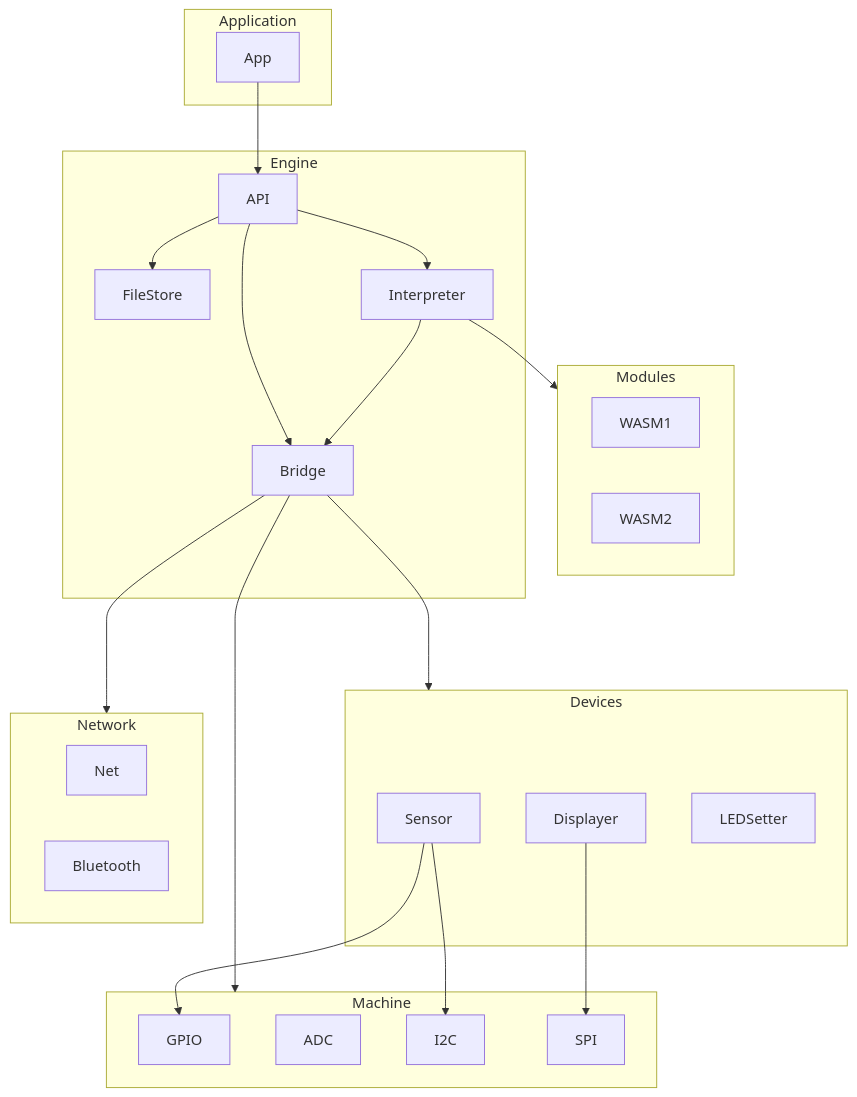
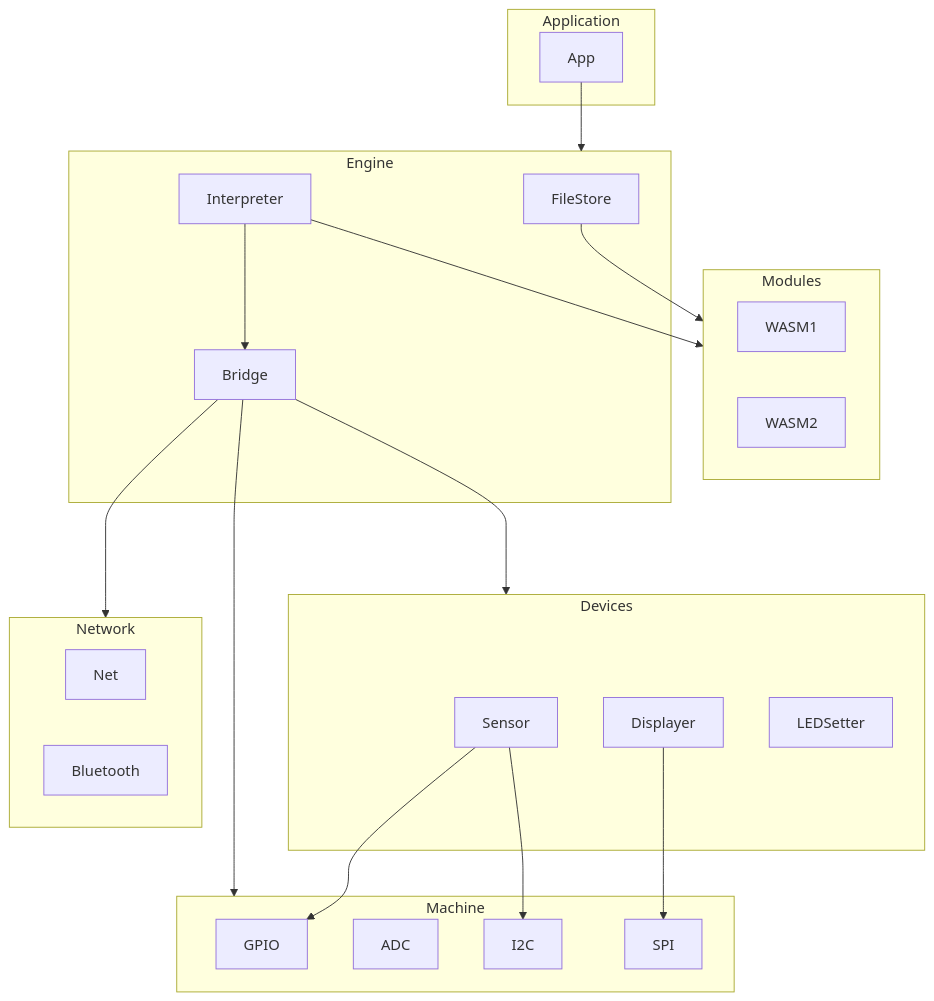
The diagram in README.md (hybridgroup/mechanoid), drawn with Mermaid before and after one commit. The commit also changed other lines of this file, not shown here.

Commit message:
docs: clarify the diagram and roles in the architecture

````diff
--- a/README.md
+++ b/README.md
@@ -71,43 +71,40 @@
 ```mermaid
 flowchart TD
     subgraph Application
         App
     end
-    App-->API
+    App-->Engine
     subgraph Modules
         WASM1
         WASM2
     end
     subgraph Engine
-        API
         FileStore
         Interpreter
         Bridge
     end
-    API-->Interpreter
-    API-->FileStore
-    API-->Bridge
+    FileStore-->Modules
     Interpreter-->Modules
     Interpreter-->Bridge
     Bridge--->Machine
     Bridge--->Devices
     Bridge--->Network
     subgraph Devices
         Sensor
         Displayer
         LEDSetter
     end
     subgraph Network
         Net
         Bluetooth
     end
     subgraph Machine
         GPIO
         ADC
         I2C
         SPI
     end
     Displayer-->SPI
     Sensor-->GPIO
     Sensor-->I2C
 ```
````
